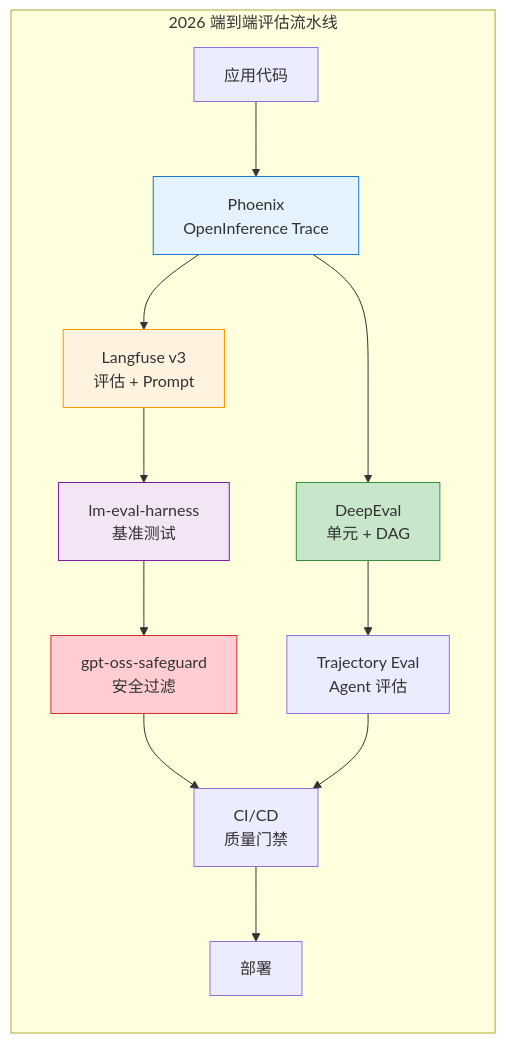
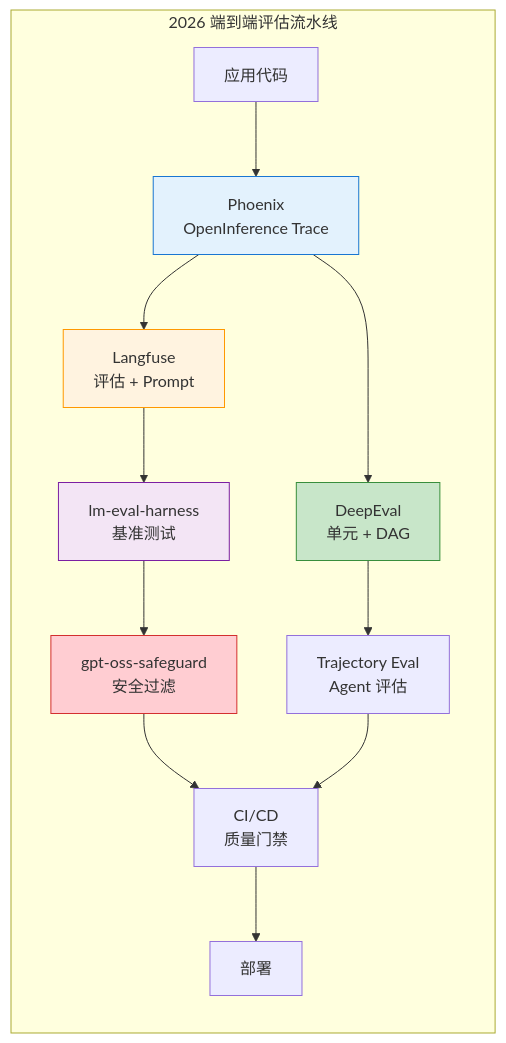
Before and after one commit to BeefWrap4/LLM-Knowledge-Base: diagram 13 of 13 in 17_大模型评估体系.md, drawn with Mermaid. The commit also changed other lines of this file and 454 other files, not shown here.

````diff
--- a/17_大模型评估体系.md
+++ b/17_大模型评估体系.md
@@ -1816,20 +1472,20 @@
 ```mermaid
 graph LR
     subgraph "2026 端到端评估流水线"
         CODE["应用代码"] --> PHOENIX["Phoenix<br/>OpenInference Trace"]
-        PHOENIX --> LANGFUSE["Langfuse v3<br/>评估 + Prompt"]
+        PHOENIX --> LANGFUSE["Langfuse<br/>评估 + Prompt"]
         PHOENIX --> DEEPEVAL["DeepEval<br/>单元 + DAG"]
         LANGFUSE --> HARNESS["lm-eval-harness<br/>基准测试"]
         HARNESS --> SAFEGUARD["gpt-oss-safeguard<br/>安全过滤"]
         DEEPEVAL --> TRAJ["Trajectory Eval<br/>Agent 评估"]
         SAFEGUARD --> CI["CI/CD<br/>质量门禁"]
         TRAJ --> CI
         CI --> DEPLOY["部署"]
     end
 
     style PHOENIX fill:#e3f2fd,stroke:#1976d2
     style LANGFUSE fill:#fff3e0,stroke:#ff9800
     style DEEPEVAL fill:#c8e6c9,stroke:#388e3c
     style HARNESS fill:#f3e5f5,stroke:#7b1fa2
     style SAFEGUARD fill:#ffcdd2,stroke:#d32f2f
 ```
````
